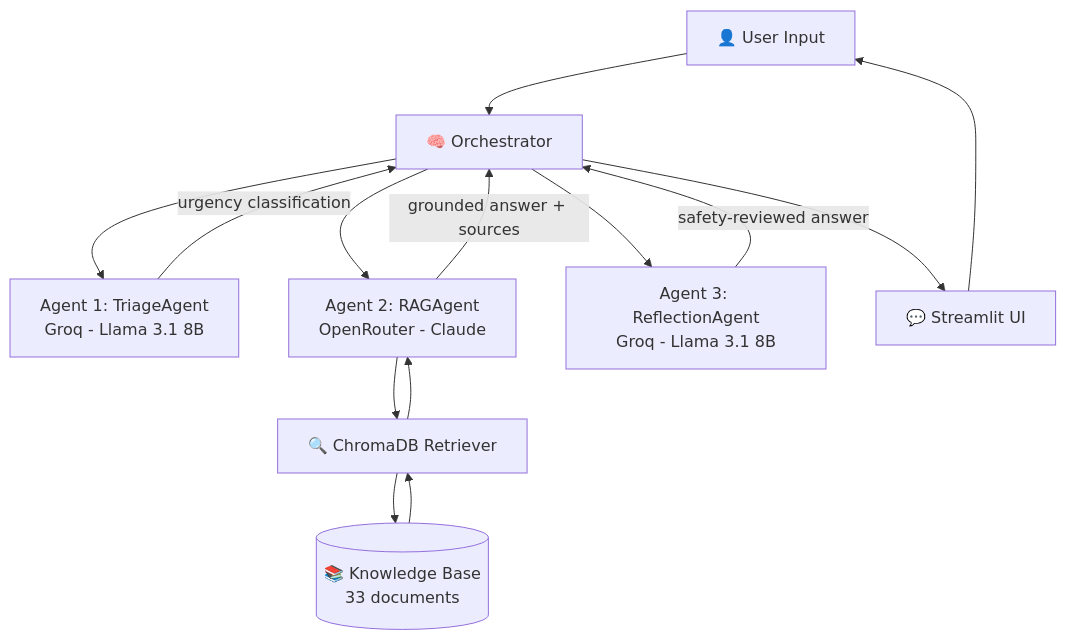
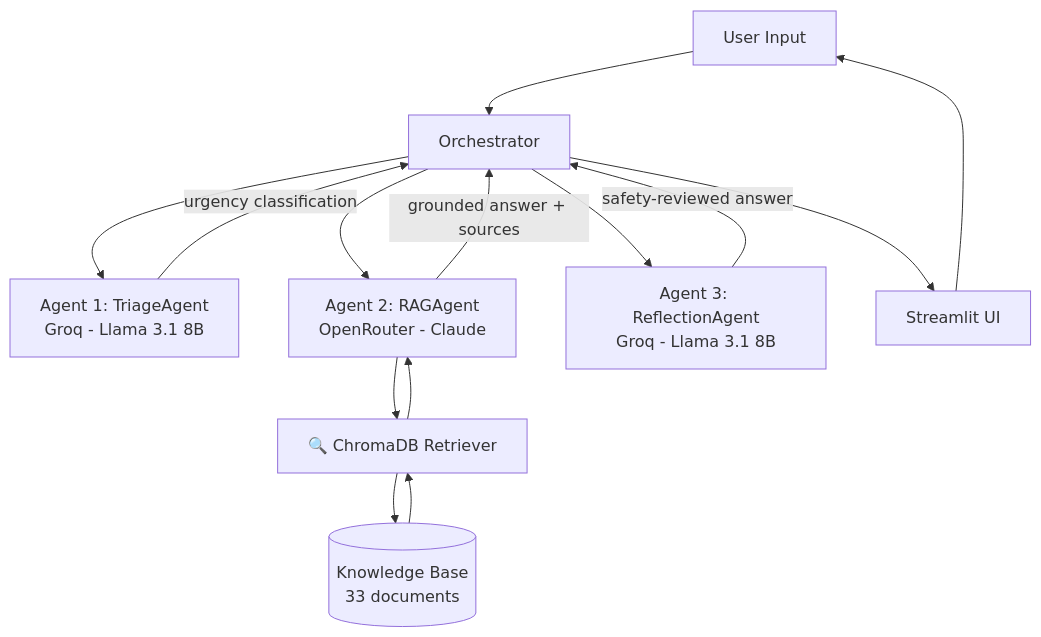
The first of 2 diagrams in README.md (Kavinduuuuu/sports-injury-assistant), drawn with Mermaid before and after one commit. The commit also changed other lines of this file, not shown here.

````diff
--- a/README.md
+++ b/README.md
@@ -84,20 +86,20 @@
 ```mermaid
 flowchart TD
-    User[👤 User Input] --> Orchestrator[🧠 Orchestrator]
+    User[ User Input] --> Orchestrator[ Orchestrator]
 
     Orchestrator --> Triage[Agent 1: TriageAgent<br/>Groq - Llama 3.1 8B]
     Triage -->|urgency classification| Orchestrator
 
     Orchestrator --> RAG[Agent 2: RAGAgent<br/>OpenRouter - Claude]
     RAG --> Retriever[🔍 ChromaDB Retriever]
-    Retriever --> KB[(📚 Knowledge Base<br/>33 documents)]
+    Retriever --> KB[( Knowledge Base<br/>33 documents)]
     KB --> Retriever
     Retriever --> RAG
     RAG -->|grounded answer + sources| Orchestrator
 
     Orchestrator --> Reflection[Agent 3: ReflectionAgent<br/>Groq - Llama 3.1 8B]
     Reflection -->|safety-reviewed answer| Orchestrator
 
-    Orchestrator --> UI[💬 Streamlit UI]
+    Orchestrator --> UI[ Streamlit UI]
     UI --> User
 ```
````
